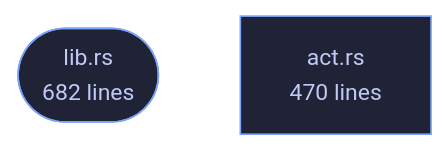
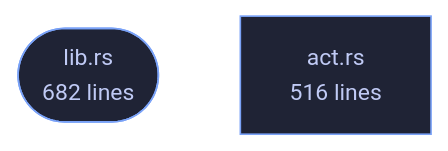
Before and after one commit to tilas01/veilvoice: the diagram in crates/veilvoice-failsafe/README.md, drawn with Mermaid. The commit also changed other lines of this file and 36 other files, not shown here.

````diff
--- a/crates/veilvoice-failsafe/README.md
+++ b/crates/veilvoice-failsafe/README.md
@@ -106,8 +106,8 @@
 ```mermaid
 %%{init: {"theme":"base","themeVariables":{"background":"#1a1b26","primaryColor":"#1f2335","primaryTextColor":"#c0caf5","primaryBorderColor":"#7aa2f7","secondaryColor":"#16161e","tertiaryColor":"#16161e","lineColor":"#737aa2","textColor":"#c0caf5","mainBkg":"#1f2335","nodeBorder":"#7aa2f7","clusterBkg":"#16161e","clusterBorder":"#2f3549","fontFamily":"ui-monospace, SFMono-Regular, Consolas, monospace","fontSize":"14px"}}}%%
 flowchart TD
     n_lib(["lib.rs<br/>682 lines"])
-    n_act["act.rs<br/>470 lines"]
+    n_act["act.rs<br/>516 lines"]
     click n_lib href "https://github.com/tilas01/veilvoice/blob/main/crates/veilvoice-failsafe/src/lib.rs" "open the source"
     click n_act href "https://github.com/tilas01/veilvoice/blob/main/crates/veilvoice-failsafe/src/act.rs" "open the source"
 ```
````
